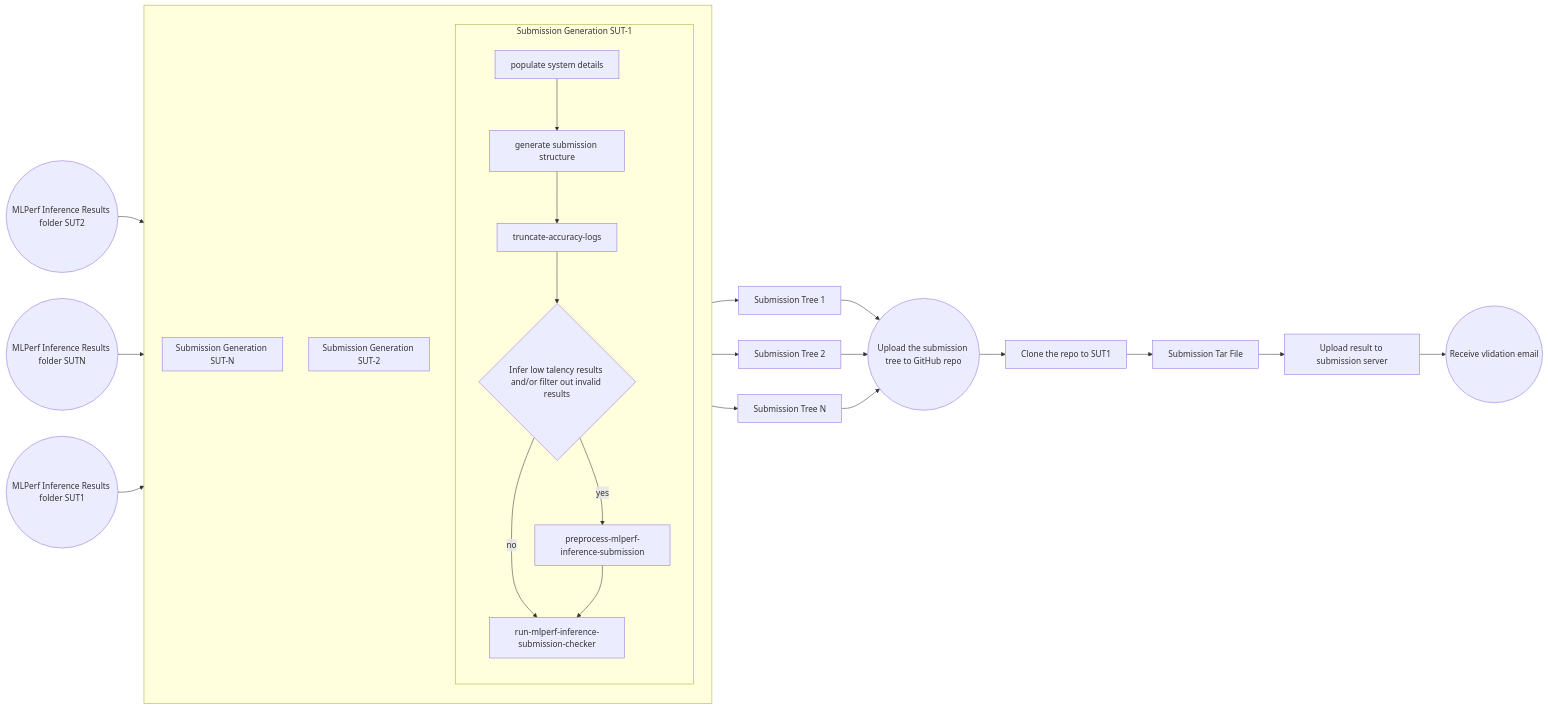
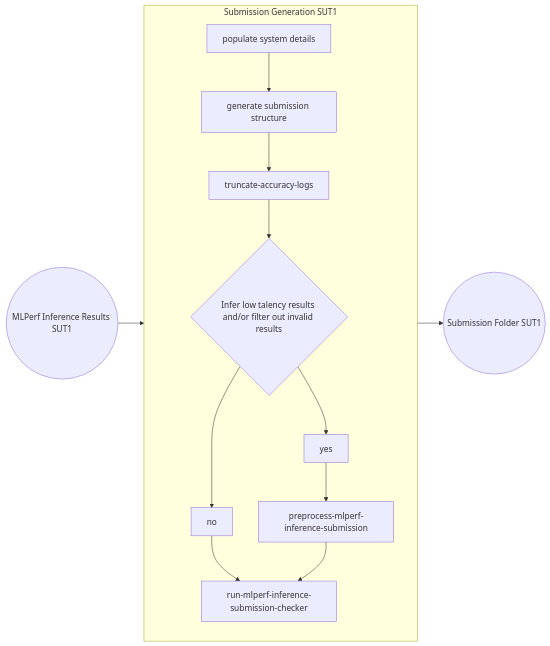
The diagram in docs/submission/index.md (mlcommons/inference), drawn with Mermaid before and after one commit.

````diff
--- a/docs/submission/index.md
+++ b/docs/submission/index.md
@@ -116,39 +71,14 @@
-        ```mermaid
-        flowchart LR
-            classDef hidden fill:none,stroke:none;
-        
-            subgraph Generation1 [Submission Generation SUT-1]
-                direction TB
-                A3[populate system details] --> B3[generate submission structure]
-                B3 --> C3[truncate-accuracy-logs]
-                C3 --> D3{Infer low talency results and/or filter out invalid results}
-                D3 -- yes --> E3[preprocess-mlperf-inference-submission]
-                D3 -- no --> F3[run-mlperf-inference-submission-checker]
-                E3 --> F3
-            end
-                
-            subgraph Generation2 [Submission Generation SUT-2]
-                direction TB
-            end
-        
-            subgraph GenerationN [Submission Generation SUT-N]
-                direction TB
-            end
-        
-            Input1((MLPerf Inference Results folder SUT1)) --> Generation1 --> T1[Submission Tree 1]
-            Input2((MLPerf Inference Results folder SUT2)) --> Generation2 --> T2[Submission Tree 2]
-            Input3((MLPerf Inference Results folder SUTN)) --> GenerationN --> TN[Submission Tree N]
-        
-            subgraph LargeCircle [ ]
-                direction TB
-                Generation1
-                Generation2
-                GenerationN
-            end
-        
-            T1 --> Sync((Upload the submission tree to GitHub repo))
-            T2 --> Sync
-            TN --> Sync
-        
-            Sync --> clone[Clone the repo to SUT1] --> tar[Submission Tar File] --> upload[Upload result to submission server] --> output((Receive vlidation email))
-        ```
+```mermaid
+flowchart LR
+    subgraph Generation [Submission Generation SUT1]
+      direction TB
+      A[populate system details] --> B[generate submission structure]
+      B --> C[truncate-accuracy-logs]
+      C --> D{Infer low talency results and/or filter out invalid results}
+      D --> yes --> E[preprocess-mlperf-inference-submission]
+      D --> no --> F[run-mlperf-inference-submission-checker]
+      E --> F
+    end
+    Input((MLPerf Inference Results SUT1)) --> Generation
+    Generation --> Output((Submission Folder SUT1))
+```
````
